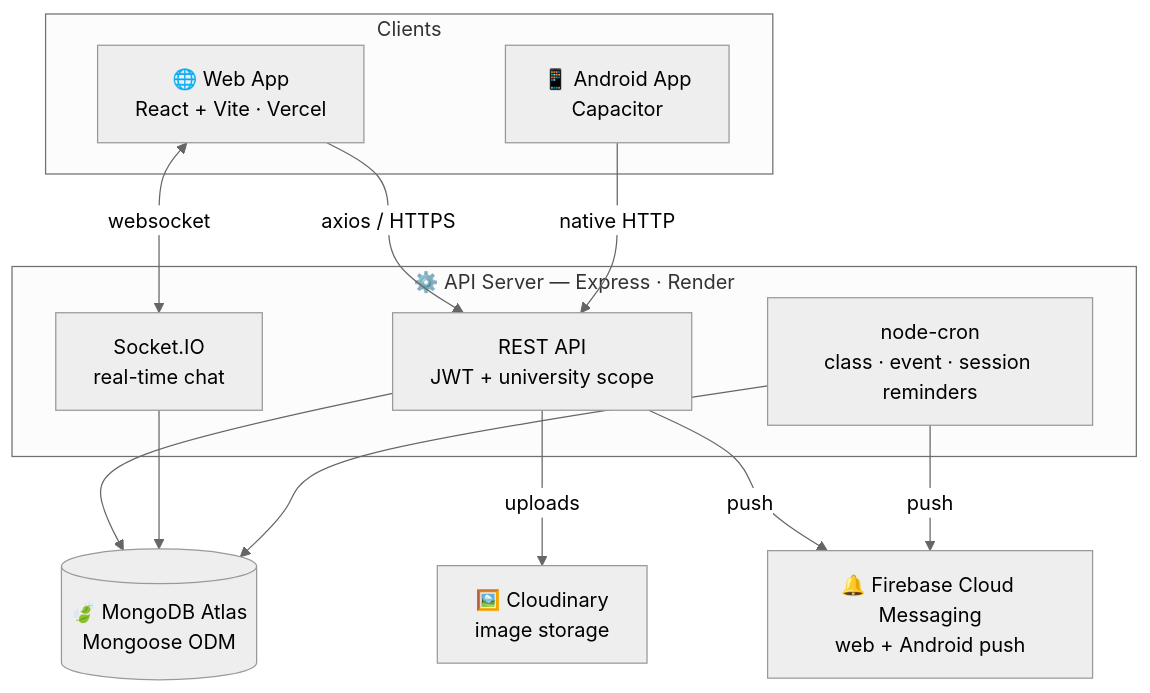
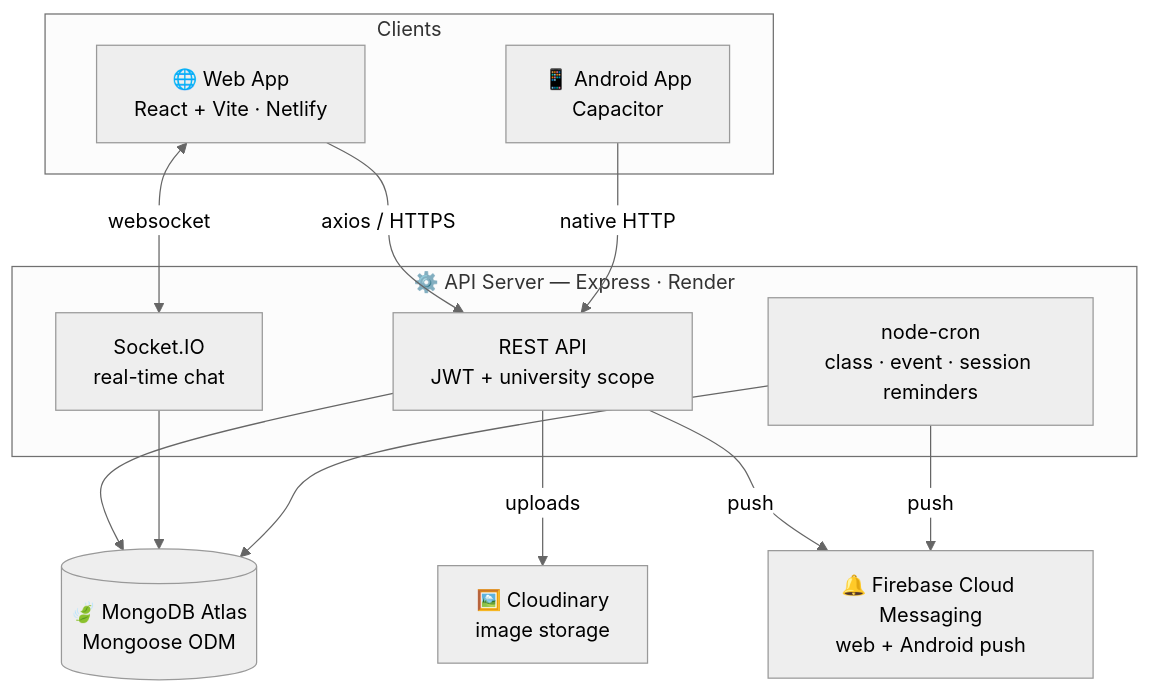
One commit to Priyansh-Mathur/Manit-Hub changed the first of 3 diagrams in README.md. Above: the diagram before and after it, drawn with Mermaid (neutral theme). The commit also changed other lines of this file and 6 other files, not shown here.

````diff
--- a/README.md
+++ b/README.md
@@ -173,27 +173,27 @@
 ```mermaid
 graph TB
   subgraph Clients
-    Web["🌐 Web App<br/>React + Vite · Vercel"]
+    Web["🌐 Web App<br/>React + Vite · Netlify"]
     Android["📱 Android App<br/>Capacitor"]
   end
 
   subgraph Server["⚙️ API Server — Express · Render"]
     REST["REST API<br/>JWT + university scope"]
     WS["Socket.IO<br/>real-time chat"]
     Cron["node-cron<br/>class · event · session reminders"]
   end
 
   DB[("🍃 MongoDB Atlas<br/>Mongoose ODM")]
   Cloud["🖼️ Cloudinary<br/>image storage"]
   FCM["🔔 Firebase Cloud Messaging<br/>web + Android push"]
 
   Web -->|axios / HTTPS| REST
   Android -->|native HTTP| REST
   Web <-->|websocket| WS
   REST --> DB
   WS --> DB
   Cron --> DB
   REST -->|uploads| Cloud
   REST -->|push| FCM
   Cron -->|push| FCM
 ```
````
